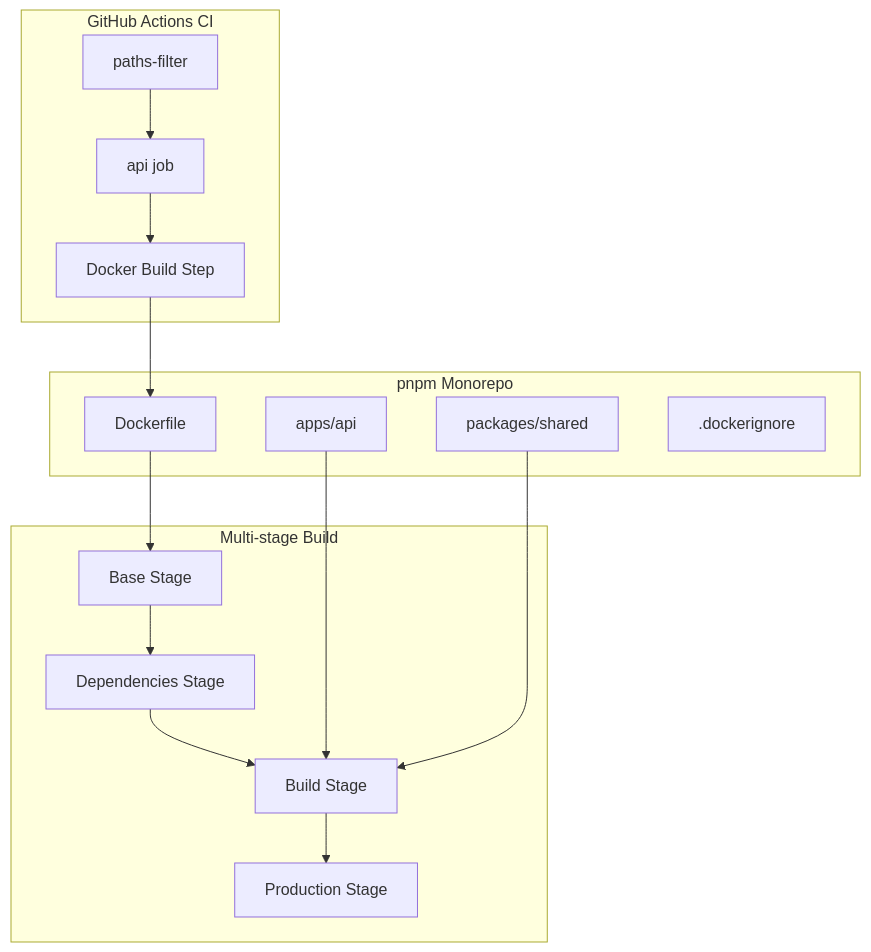
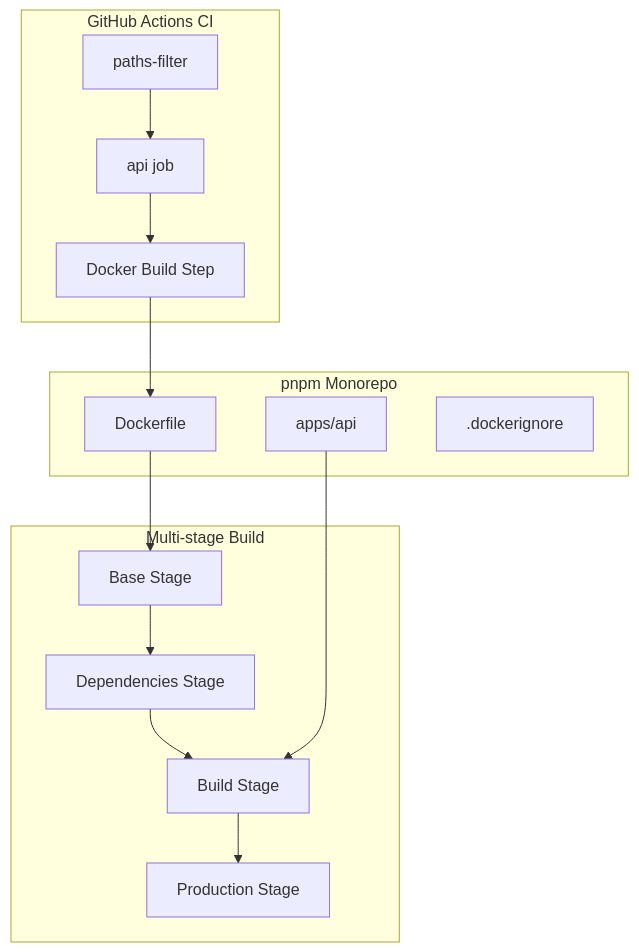
The first of 3 diagrams in .kiro/specs/api-dockerfile-ci/design.md (sora-ichigo/shelfie), drawn with Mermaid before and after one commit. The commit also changed other lines of this file and 12 other files, not shown here.

First line of the commit message:
chore: 未使用の packages/shared を削除

````diff
--- a/.kiro/specs/api-dockerfile-ci/design.md
+++ b/.kiro/specs/api-dockerfile-ci/design.md
@@ -29,32 +29,30 @@
 ```mermaid
 graph TB
     subgraph CI[GitHub Actions CI]
         Changes[paths-filter]
         APIJob[api job]
         DockerBuild[Docker Build Step]
     end
 
     subgraph Monorepo[pnpm Monorepo]
         API[apps/api]
-        Shared[packages/shared]
         Dockerfile[Dockerfile]
         Dockerignore[.dockerignore]
     end
 
     subgraph DockerBuildProcess[Multi-stage Build]
         BaseStage[Base Stage]
         DepsStage[Dependencies Stage]
         BuildStage[Build Stage]
         ProdStage[Production Stage]
     end
 
     Changes --> APIJob
     APIJob --> DockerBuild
     DockerBuild --> Dockerfile
     Dockerfile --> BaseStage
     BaseStage --> DepsStage
     DepsStage --> BuildStage
     BuildStage --> ProdStage
     API --> BuildStage
-    Shared --> BuildStage
 ```
````
